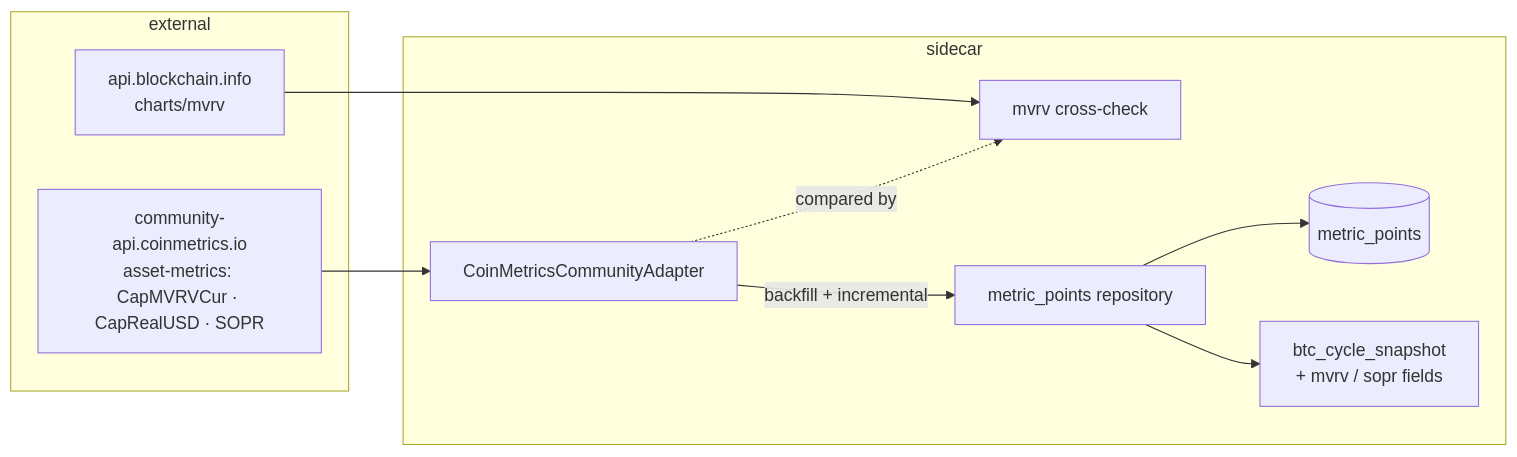
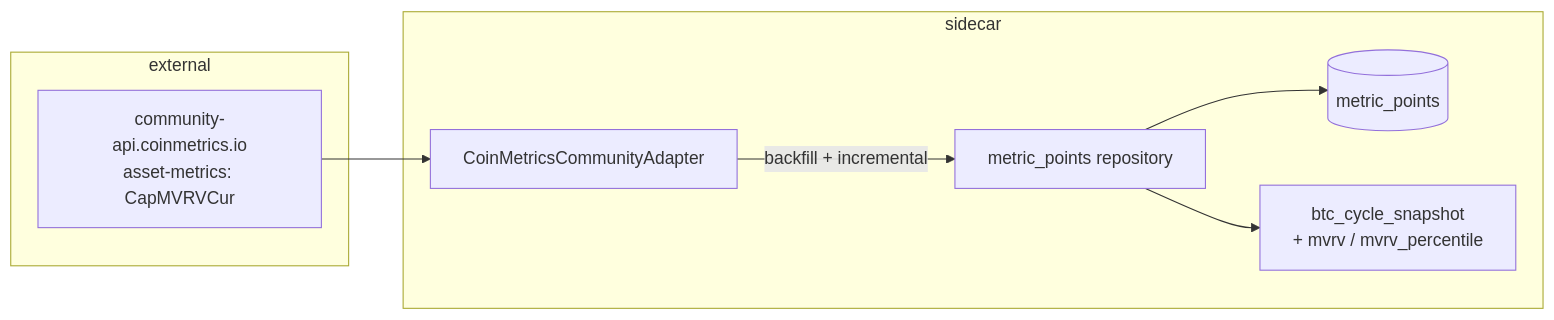
The diagram in docs/architecture/plans/0057-onchain-valuation-metrics.md (IgorKonovalov/market-analyzer), drawn with Mermaid before and after one commit. The commit also changed other lines of this file and 2 other files, not shown here.

First line of the commit message:
docs(architect): reshape Plan 0057 to MVRV-only after phase-1 probe

````diff
--- a/docs/architecture/plans/0057-onchain-valuation-metrics.md
+++ b/docs/architecture/plans/0057-onchain-valuation-metrics.md
@@ -22,15 +24,12 @@
 ```mermaid
 flowchart LR
     subgraph external
-        CM[community-api.coinmetrics.io\nasset-metrics: CapMVRVCur · CapRealUSD · SOPR]
-        BC[api.blockchain.info\ncharts/mvrv]
+        CM[community-api.coinmetrics.io\nasset-metrics: CapMVRVCur]
     end
     subgraph sidecar
         CM --> AD[CoinMetricsCommunityAdapter]
-        BC --> XC[mvrv cross-check]
         AD -->|backfill + incremental| REPO[metric_points repository]
-        AD -. compared by .-> XC
         REPO --> DB[(metric_points)]
-        REPO --> SNAP[btc_cycle_snapshot\n+ mvrv / sopr fields]
+        REPO --> SNAP[btc_cycle_snapshot\n+ mvrv / mvrv_percentile]
     end
 ```
````
